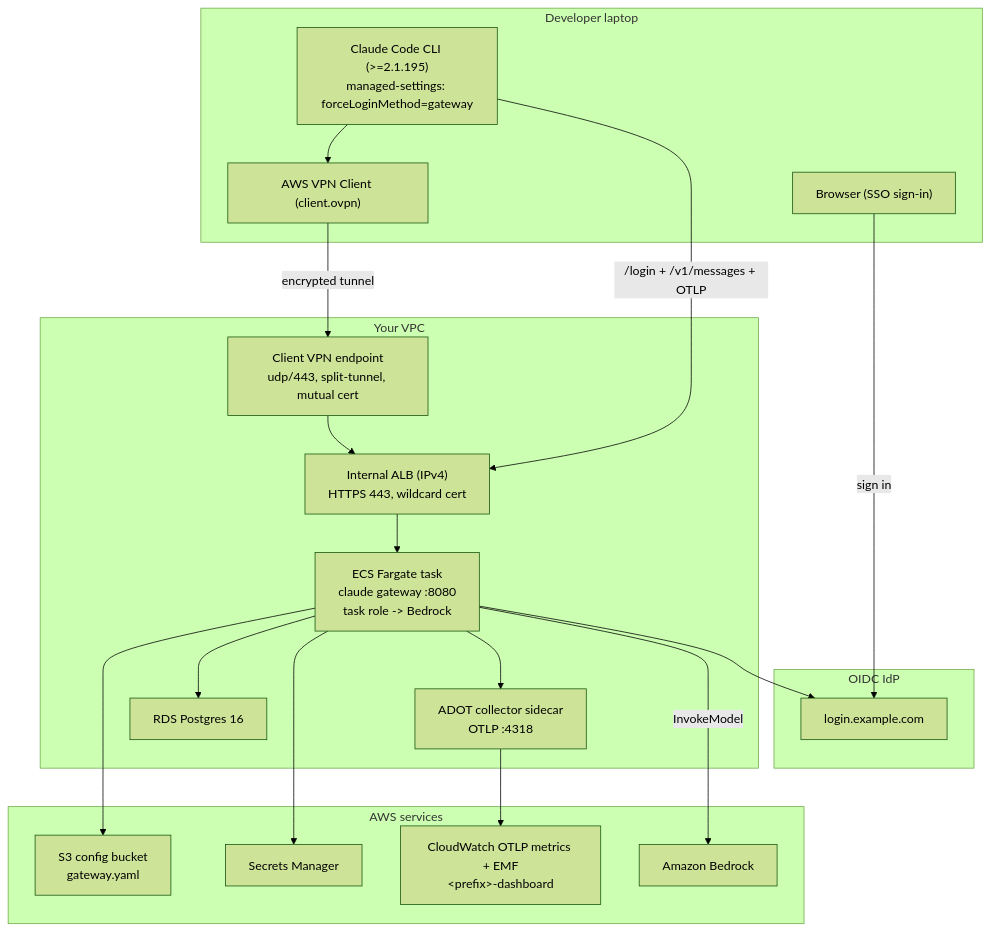
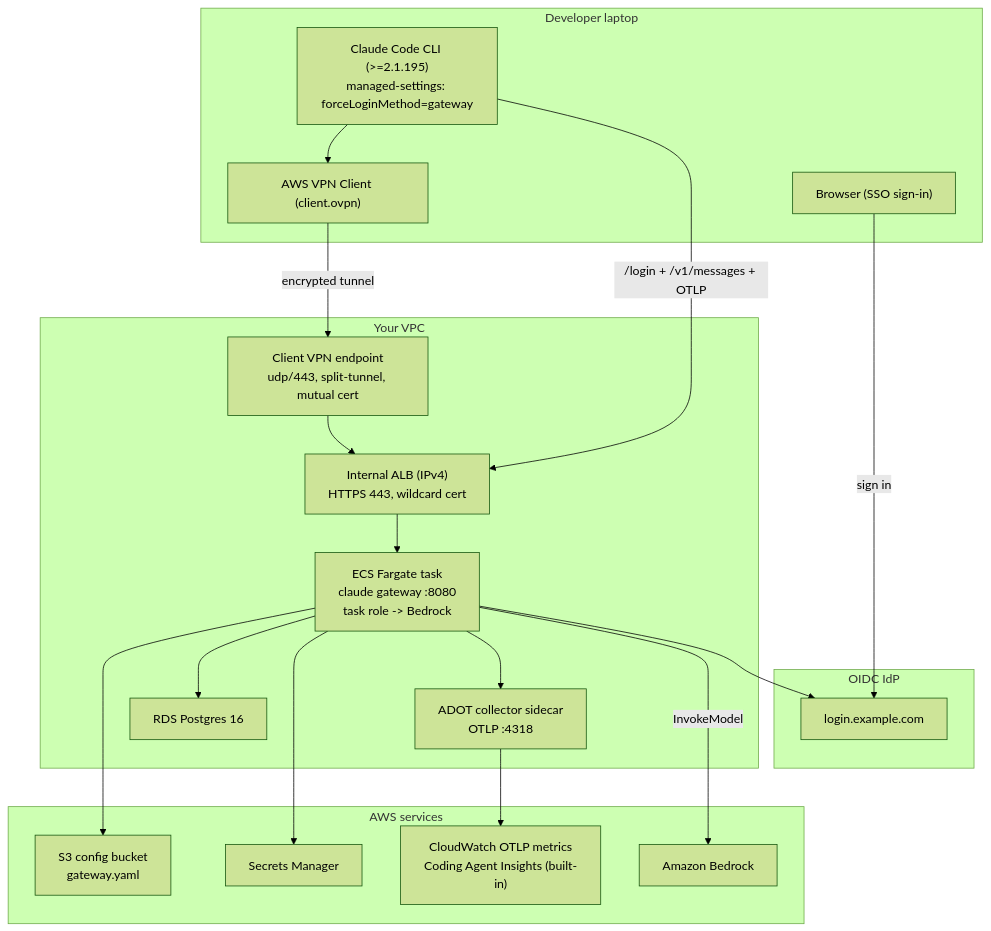
Before and after one commit to aidin-repo/claude-apps-gateway-aws: the diagram in README.md, drawn with Mermaid (forest theme). The commit also changed other lines of this file and 3 other files, not shown here.

First line of the commit message:
refactor(telemetry): rely on built-in Coding Agent Insights (#1)

````diff
--- a/README.md
+++ b/README.md
@@ -31,37 +31,37 @@
 ```mermaid
 graph TD
     subgraph Laptop["Developer laptop"]
         CLI["Claude Code CLI (>=2.1.195)<br/>managed-settings: forceLoginMethod=gateway"]
         VPNC["AWS VPN Client (client.ovpn)"]
         BR["Browser (SSO sign-in)"]
     end
     subgraph IdP["OIDC IdP"]
         OIDC["login.example.com"]
     end
     subgraph VPC["Your VPC"]
         VPNE["Client VPN endpoint<br/>udp/443, split-tunnel, mutual cert"]
         ALB["Internal ALB (IPv4)<br/>HTTPS 443, wildcard cert"]
         FARGATE["ECS Fargate task<br/>claude gateway :8080<br/>task role -> Bedrock"]
         OTEL["ADOT collector sidecar<br/>OTLP :4318"]
         RDS["RDS Postgres 16"]
     end
     subgraph AWSsvc["AWS services"]
         S3C["S3 config bucket<br/>gateway.yaml"]
         SM["Secrets Manager"]
-        CWM["CloudWatch OTLP metrics + EMF<br/>&lt;prefix&gt;-dashboard"]
+        CWM["CloudWatch OTLP metrics<br/>Coding Agent Insights (built-in)"]
         BED["Amazon Bedrock"]
     end
     CLI --> VPNC
     VPNC -->|encrypted tunnel| VPNE
     VPNE --> ALB
     CLI -->|/login + /v1/messages + OTLP| ALB
     ALB --> FARGATE
     FARGATE --> OIDC
     FARGATE --> RDS
     FARGATE -->|InvokeModel| BED
     FARGATE --> S3C
     FARGATE --> SM
     FARGATE --> OTEL
     OTEL --> CWM
     BR -->|sign in| OIDC
 ```
````
